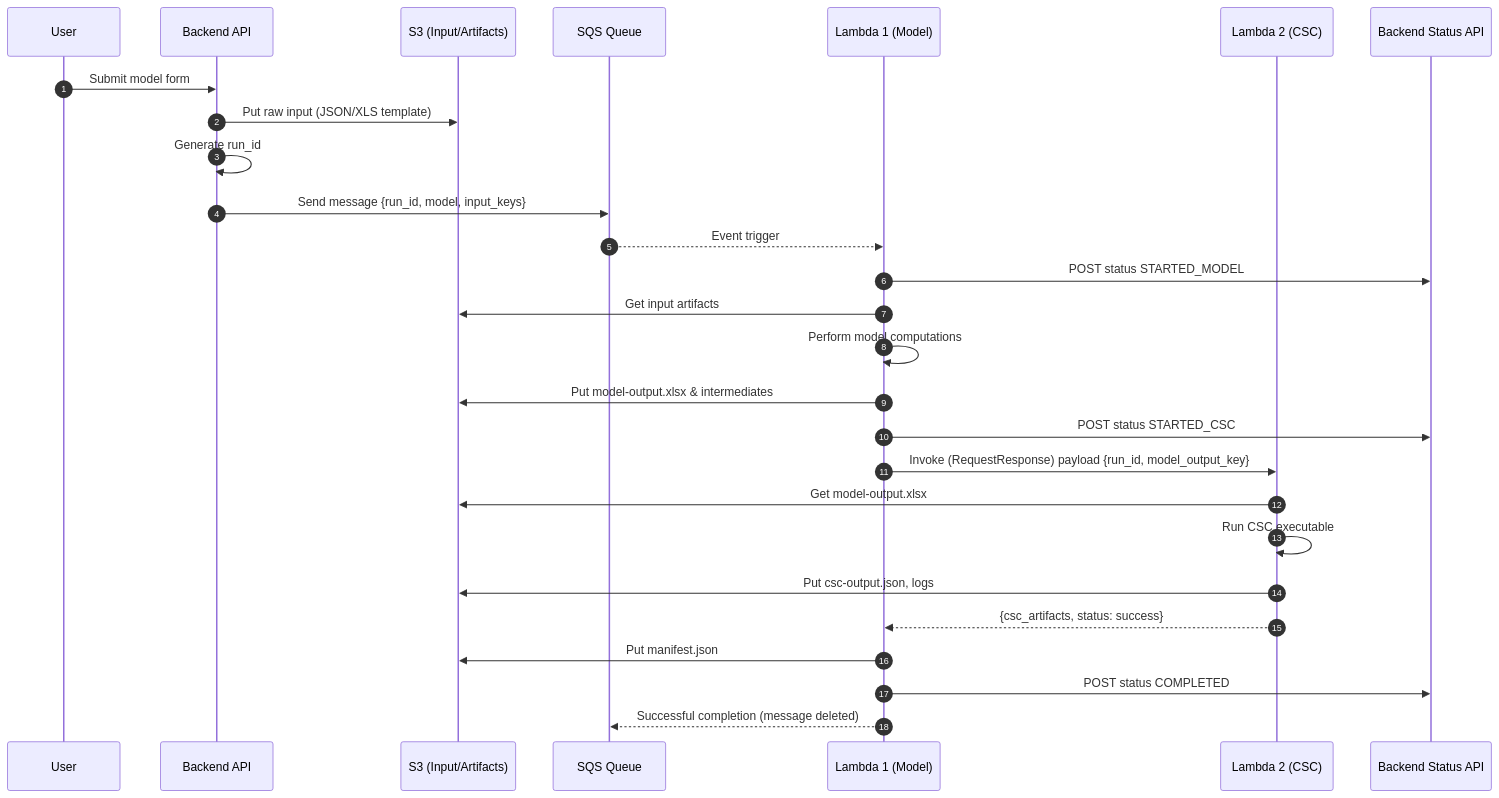
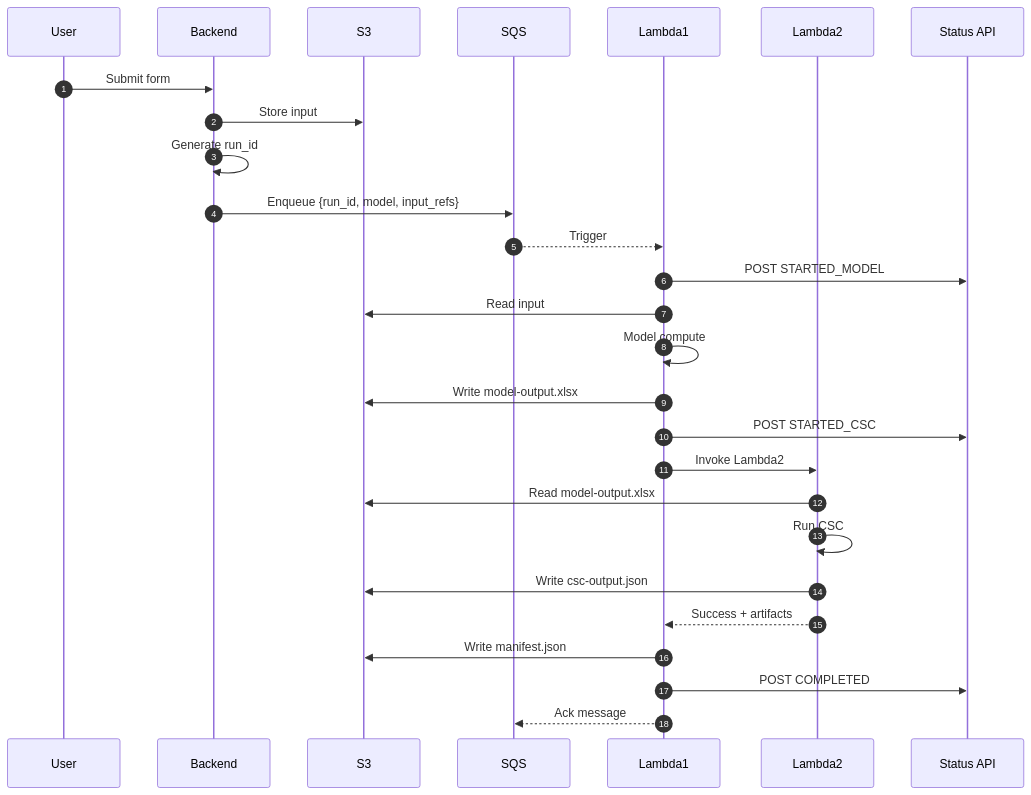
One commit to zain-ops/DOCS changed the second of 3 diagrams in README.md. Above: the diagram before and after it, drawn with Mermaid. The commit also changed other lines of this file, not shown here.

First line of the commit message:
Simplify README diagrams for GitHub compatibility

````diff
--- a/README.md
+++ b/README.md
@@ -41,30 +44,30 @@
 ```mermaid
 sequenceDiagram
-    autonumber
-    participant U as User
-    participant API as Backend API
-    participant S3 as S3 (Input/Artifacts)
-    participant SQS as SQS Queue
-    participant L1 as Lambda 1 (Model)
-    participant L2 as Lambda 2 (CSC)
-    participant BK as Backend Status API
+  autonumber
+  participant U as User
+  participant API as Backend
+  participant S3 as S3
+  participant SQS as SQS
+  participant L1 as Lambda1
+  participant L2 as Lambda2
+  participant BK as Status API
 
-    U->>API: Submit model form
-    API->>S3: Put raw input (JSON/XLS template)
-    API->>API: Generate run_id
-    API->>SQS: Send message {run_id, model, input_keys}
-    SQS-->>L1: Event trigger
-    L1->>BK: POST status STARTED_MODEL
-    L1->>S3: Get input artifacts
-    L1->>L1: Perform model computations
-    L1->>S3: Put model-output.xlsx & intermediates
-    L1->>BK: POST status STARTED_CSC
-    L1->>L2: Invoke (RequestResponse) payload {run_id, model_output_key}
-    L2->>S3: Get model-output.xlsx
-    L2->>L2: Run CSC executable
-    L2->>S3: Put csc-output.json, logs
-    L2-->>L1: {csc_artifacts, status: success}
-    L1->>S3: Put manifest.json
-    L1->>BK: POST status COMPLETED
-    L1-->>SQS: Successful completion (message deleted)
+  U->>API: Submit form
+  API->>S3: Store input
+  API->>API: Generate run_id
+  API->>SQS: Enqueue {run_id, model, input_refs}
+  SQS-->>L1: Trigger
+  L1->>BK: POST STARTED_MODEL
+  L1->>S3: Read input
+  L1->>L1: Model compute
+  L1->>S3: Write model-output.xlsx
+  L1->>BK: POST STARTED_CSC
+  L1->>L2: Invoke Lambda2
+  L2->>S3: Read model-output.xlsx
+  L2->>L2: Run CSC
+  L2->>S3: Write csc-output.json
+  L2-->>L1: Success + artifacts
+  L1->>S3: Write manifest.json
+  L1->>BK: POST COMPLETED
+  L1-->>SQS: Ack message
 ```
````
